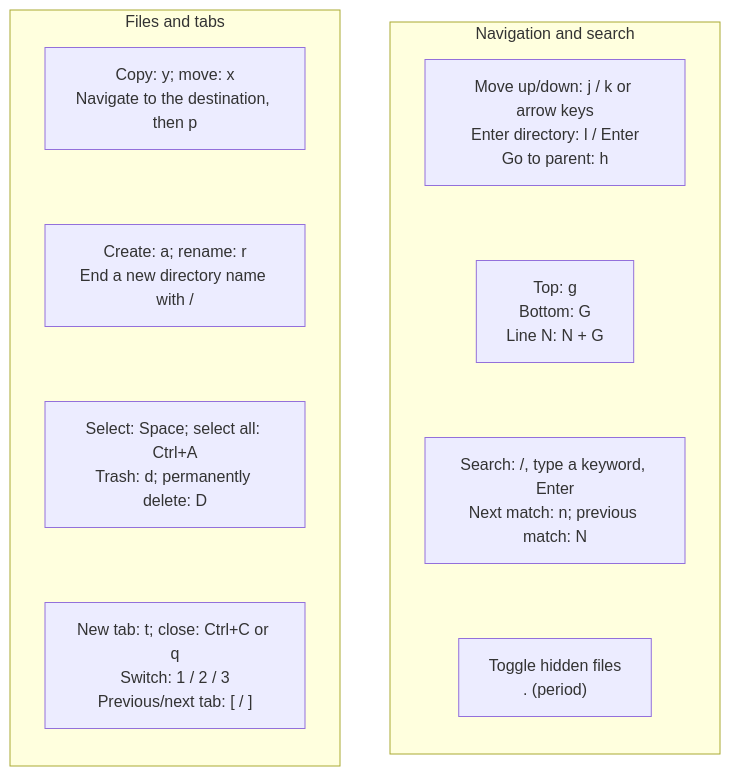
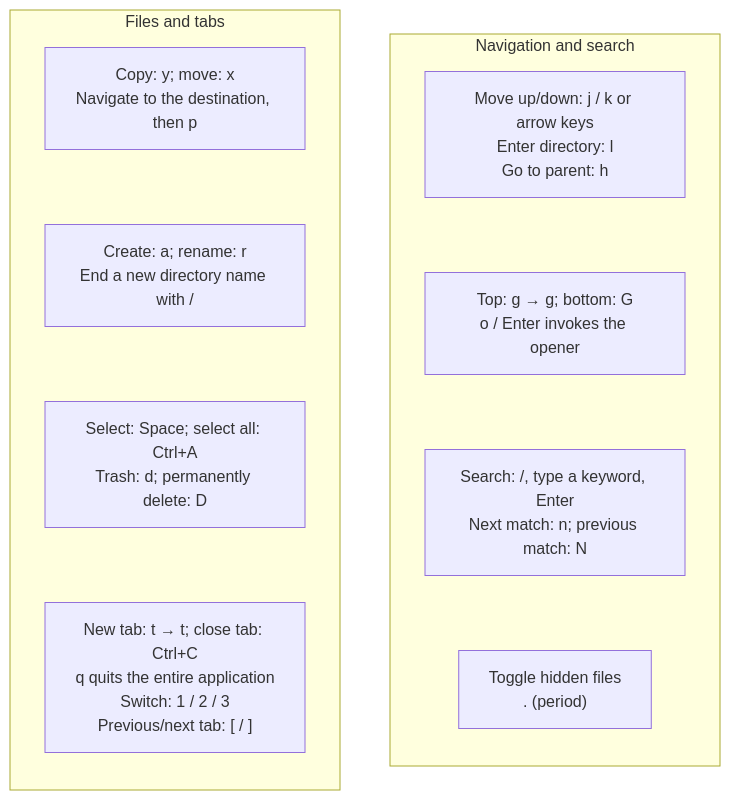
The diagram in diagrams/en/yazi-shortcuts.mmd (Jackie-Daddy/Lab-Tutorial), drawn with Mermaid before and after one commit. The commit also changed 77 other files, not shown here.

```diff
--- a/diagrams/en/yazi-shortcuts.mmd
+++ b/diagrams/en/yazi-shortcuts.mmd
@@ -1,20 +1,20 @@
 flowchart TB
   accTitle: Yazi shortcuts grouped by task
-  accDescr: Group the article’s Yazi shortcuts into navigation, search, file operations, and tabs. Copy or cut first, navigate to the destination, and press p to paste. Trash and permanent deletion are shown separately.
+  accDescr: Group the Yazi 26.9.1 default shortcuts into navigation, search, file operations, and tabs. Copy or cut first, navigate to the destination, and press p to paste. Trash and permanent deletion are shown separately.
 
 subgraph navigation["Navigation and search"]
     direction TB
-    move["Move up/down: j / k or arrow keys<br/>Enter directory: l / Enter<br/>Go to parent: h"]
-    jump["Top: g<br/>Bottom: G<br/>Line N: N + G"]
+    move["Move up/down: j / k or arrow keys<br/>Enter directory: l<br/>Go to parent: h"]
+    jump["Top: g → g; bottom: G<br/>o / Enter invokes the opener"]
     search["Search: /, type a keyword, Enter<br/>Next match: n; previous match: N"]
     hidden["Toggle hidden files<br/>. (period)"]
     move ~~~ jump ~~~ search ~~~ hidden
   end
   subgraph files["Files and tabs"]
     direction TB
     transfer["Copy: y; move: x<br/>Navigate to the destination, then p"]
     edit["Create: a; rename: r<br/>End a new directory name with /"]
     select["Select: Space; select all: Ctrl+A<br/>Trash: d; permanently delete: D"]
-    tabs["New tab: t; close: Ctrl+C or q<br/>Switch: 1 / 2 / 3<br/>Previous/next tab: [ / ]"]
+    tabs["New tab: t → t; close tab: Ctrl+C<br/>q quits the entire application<br/>Switch: 1 / 2 / 3<br/>Previous/next tab: [ / ]"]
     transfer ~~~ edit ~~~ select ~~~ tabs
   end
```
